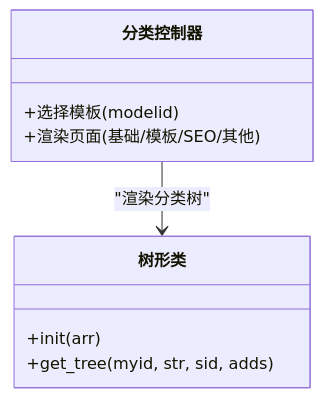
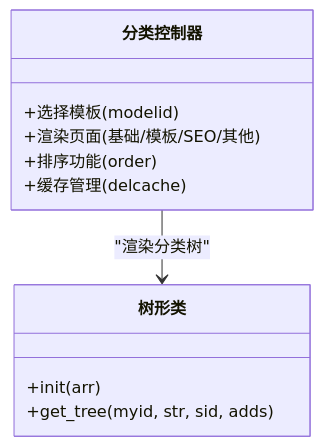
The eighth of 10 diagrams in .qoder/repowiki/zh/content/后台管理模块/分类管理/分类管理.md (lirongyaoper/lryblog.com), drawn with Mermaid before and after one commit. The commit also changed other lines of this file and 13 other files, not shown here.

````diff
--- a/.qoder/repowiki/zh/content/后台管理模块/分类管理/分类管理.md
+++ b/.qoder/repowiki/zh/content/后台管理模块/分类管理/分类管理.md
@@ -290,12 +270,14 @@
 ```mermaid
 classDiagram
 class 分类控制器 {
 +选择模板(modelid)
 +渲染页面(基础/模板/SEO/其他)
++排序功能(order)
++缓存管理(delcache)
 }
 class 树形类 {
 +init(arr)
 +get_tree(myid, str, sid, adds)
 }
 分类控制器 --> 树形类 : "渲染分类树"
 ```
````
